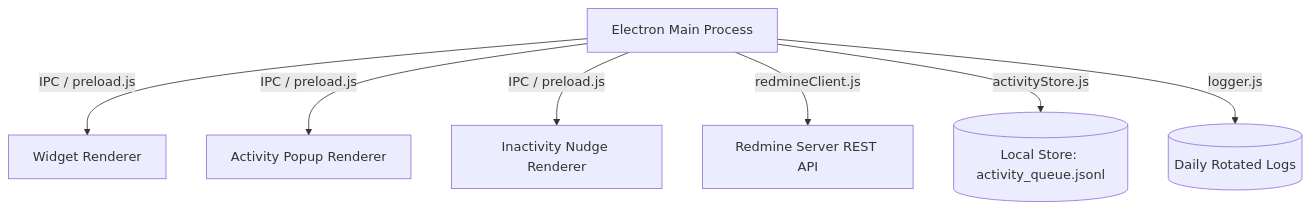
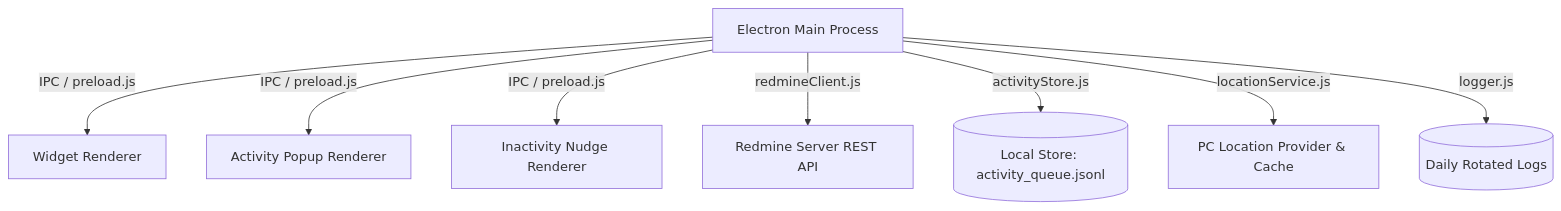
Before and after one commit to karthikeyaabm/worklens: the first of 2 diagrams in BRAIN.md, drawn with Mermaid. The commit also changed other lines of this file and 5 other files, not shown here.

````diff
--- a/BRAIN.md
+++ b/BRAIN.md
@@ -31,9 +31,10 @@
 ```mermaid
 graph TD
     A[Electron Main Process] -->|IPC / preload.js| B[Widget Renderer]
     A -->|IPC / preload.js| C[Activity Popup Renderer]
     A -->|IPC / preload.js| D[Inactivity Nudge Renderer]
     A -->|redmineClient.js| E[Redmine Server REST API]
     A -->|activityStore.js| F[(Local Store: activity_queue.jsonl)]
+    A -->|locationService.js| H[PC Location Provider & Cache]
     A -->|logger.js| G[(Daily Rotated Logs)]
 ```
````
